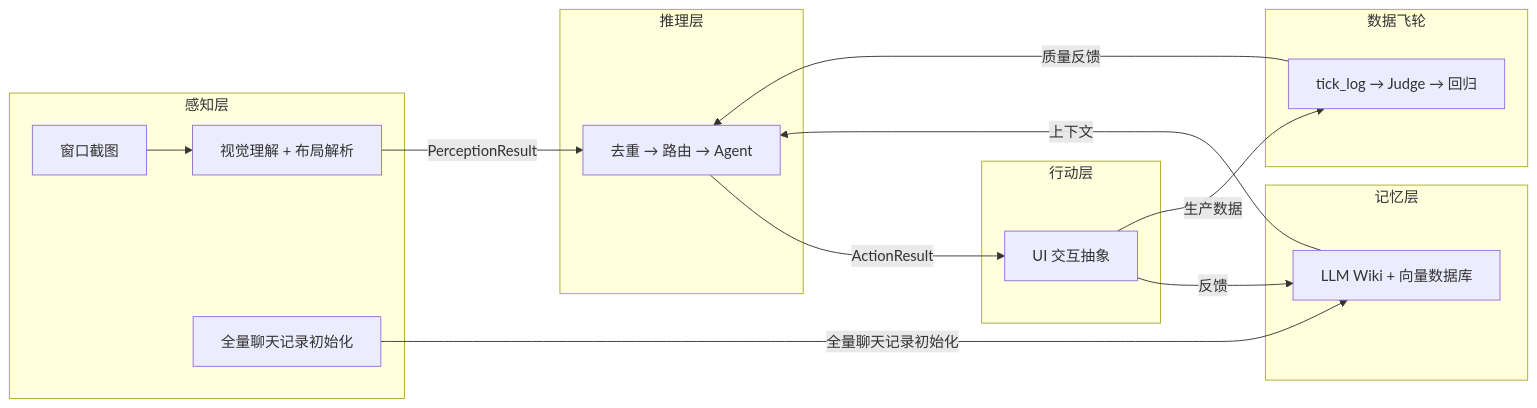
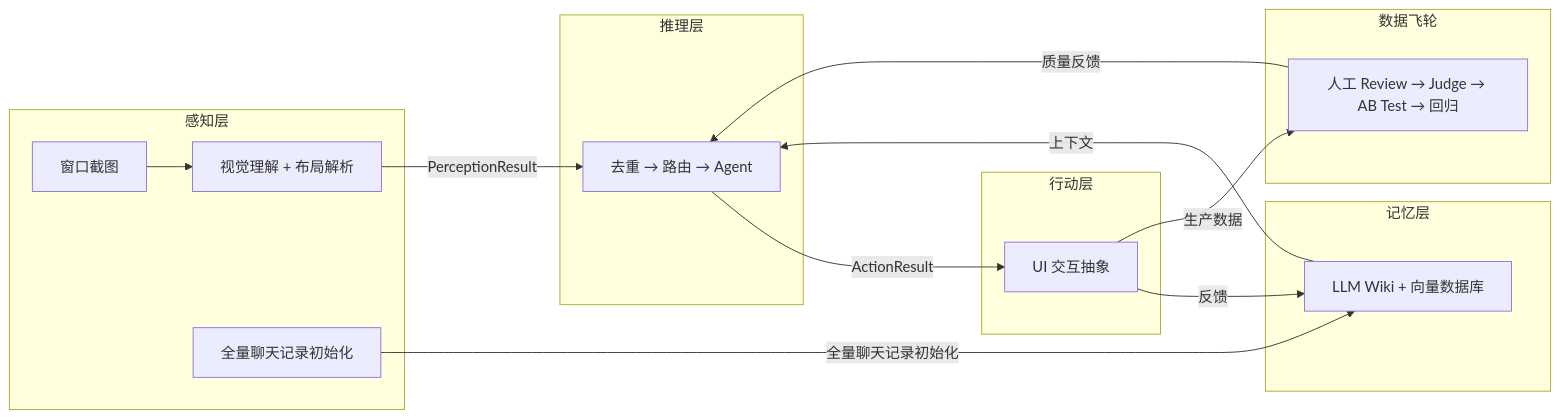
Before and after one commit to 899ms/wechat-mac-rpa: the first of 6 diagrams in README.md, drawn with Mermaid. The commit also changed other lines of this file, not shown here.

First line of the commit message:
docs: rewrite data flywheel section with human review and AB test (#28)

````diff
--- a/README.md
+++ b/README.md
@@ -17,33 +17,33 @@
 ```mermaid
 graph LR
     subgraph Perception["感知层"]
         C[窗口截图]
         P[视觉理解 + 布局解析]
         W[全量聊天记录初始化]
     end
 
     subgraph Reasoning["推理层"]
         R[去重 → 路由 → Agent]
     end
 
     subgraph Action["行动层"]
         A[UI 交互抽象]
     end
 
     subgraph Memory["记忆层"]
         M[LLM Wiki + 向量数据库]
     end
 
     subgraph Flywheel["数据飞轮"]
-        D[tick_log → Judge → 回归]
+        D[人工 Review → Judge → AB Test → 回归]
     end
 
     C --> P
     P -->|PerceptionResult| R
     R -->|ActionResult| A
     A -->|反馈| M
     M -->|上下文| R
     W -->|全量聊天记录初始化| M
     A -->|生产数据| D
     D -->|质量反馈| R
 ```
````
